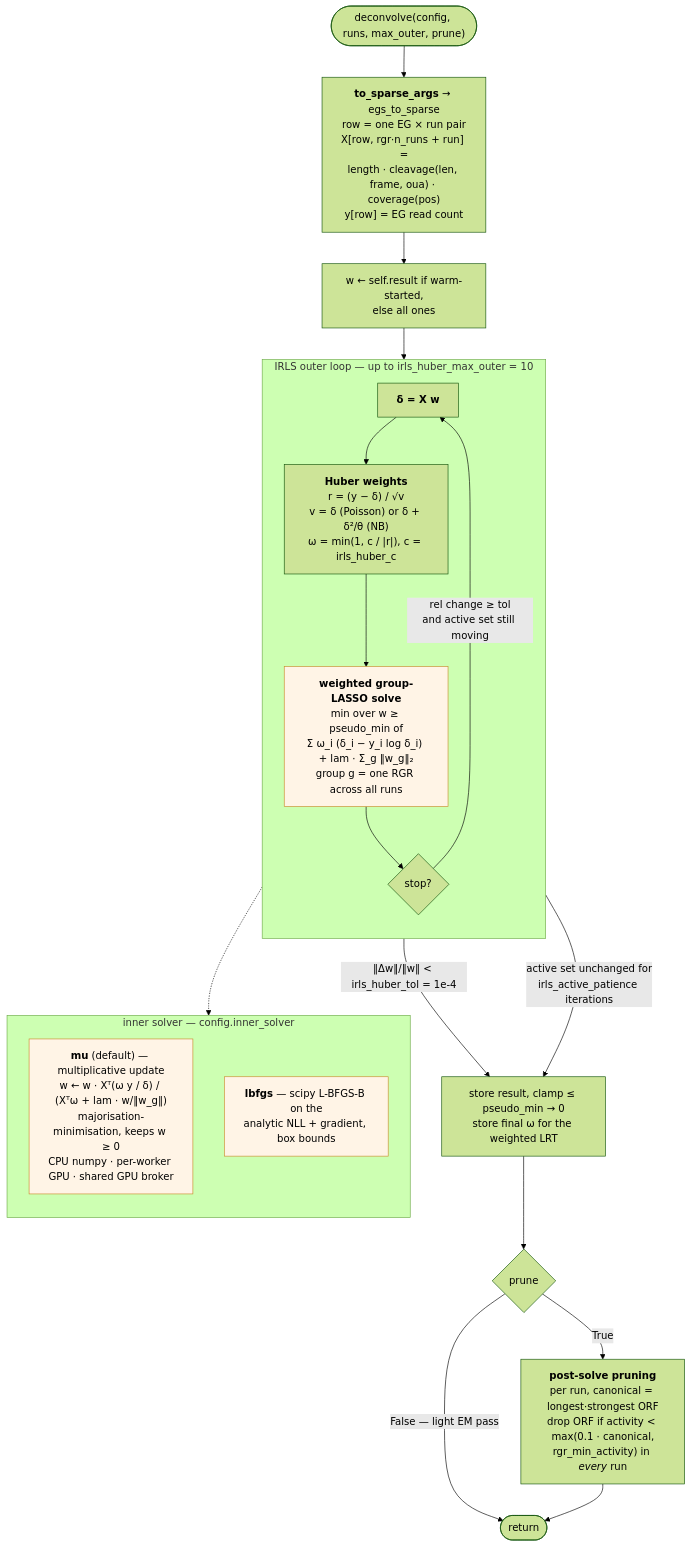
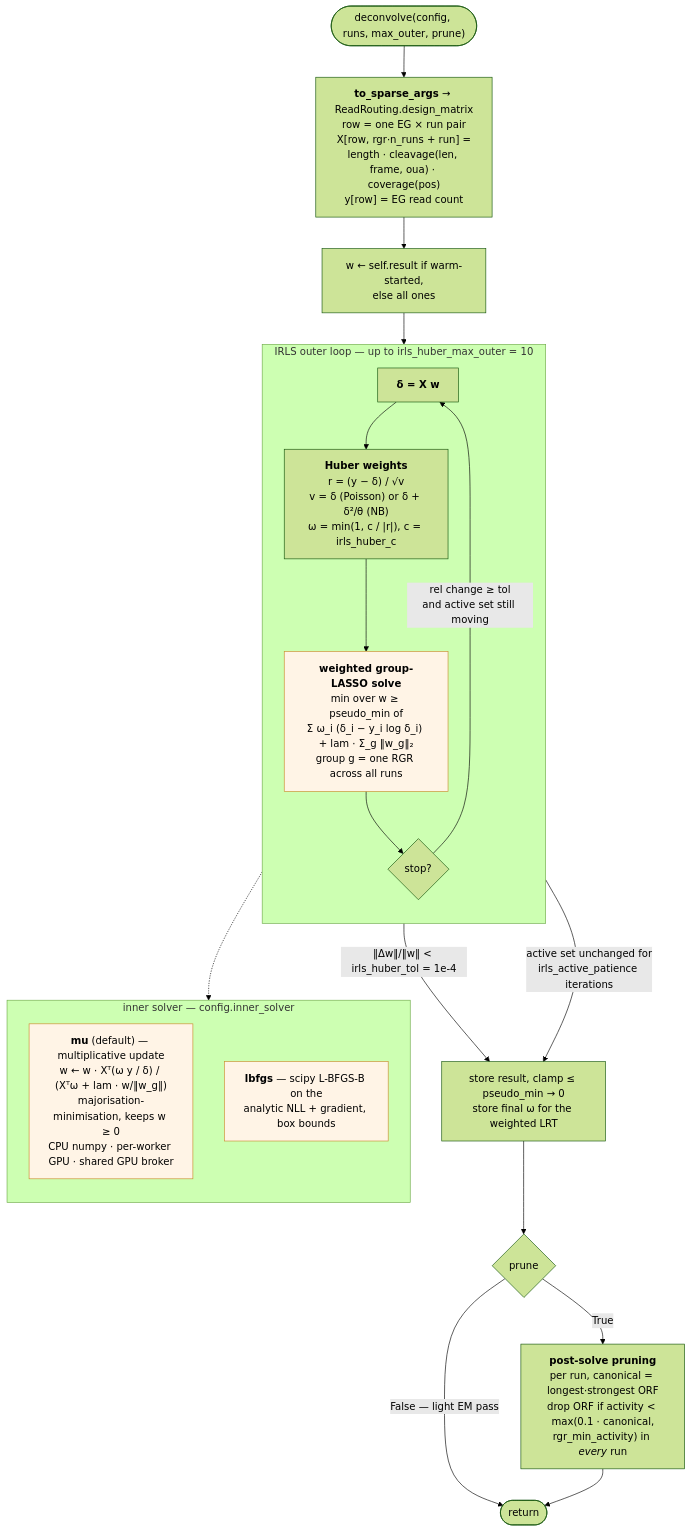
Before and after one commit to kilian-m/PRICE2: the third of 5 diagrams in docs/deconvolution.md, drawn with Mermaid (forest theme). The commit also changed other lines of this file and 8 other files, not shown here.

````diff
--- a/docs/deconvolution.md
+++ b/docs/deconvolution.md
@@ -117,33 +120,33 @@
 ```mermaid
 flowchart TD
-    A(["deconvolve(config, runs, max_outer, prune)"]) --> B["<b>to_sparse_args</b> → egs_to_sparse<br/>row = one EG × run pair<br/>X[row, rgr·n_runs + run] =<br/>length · cleavage(len, frame, oua) · coverage(pos)<br/>y[row] = EG read count"]
+    A(["deconvolve(config, runs, max_outer, prune)"]) --> B["<b>to_sparse_args</b> → ReadRouting.design_matrix<br/>row = one EG × run pair<br/>X[row, rgr·n_runs + run] =<br/>length · cleavage(len, frame, oua) · coverage(pos)<br/>y[row] = EG read count"]
     B --> C["w ← self.result if warm-started,<br/>else all ones"]
 
     subgraph IRLS ["IRLS outer loop — up to irls_huber_max_outer = 10"]
         direction TB
         D["<b>δ = X w</b>"]
         D --> H["<b>Huber weights</b><br/>r = (y − δ) / √v<br/>v = δ (Poisson) or δ + δ²/θ (NB)<br/>ω = min(1, c / |r|), c = irls_huber_c"]
         H --> S["<b>weighted group-LASSO solve</b><br/>min over w ≥ pseudo_min of<br/>Σ ω_i (δ_i − y_i log δ_i) + lam · Σ_g ‖w_g‖₂<br/>group g = one RGR across all runs"]
         S --> T{"stop?"}
         T -->|"rel change ≥ tol<br/>and active set still moving"| D
     end
 
     subgraph INNER ["inner solver — config.inner_solver"]
         direction TB
         MU["<b>mu</b> (default) — multiplicative update<br/>w ← w · Xᵀ(ω y / δ) / (Xᵀω + lam · w/‖w_g‖)<br/>majorisation-minimisation, keeps w ≥ 0<br/>CPU numpy · per-worker GPU · shared GPU broker"]
         LB["<b>lbfgs</b> — scipy L-BFGS-B on the<br/>analytic NLL + gradient, box bounds"]
     end
 
     C --> D
     S -.-> INNER
     T -->|"‖Δw‖/‖w‖ &lt; irls_huber_tol = 1e-4"| STORE
     T -->|"active set unchanged for<br/>irls_active_patience iterations"| STORE
 
     STORE["store result, clamp ≤ pseudo_min → 0<br/>store final ω for the weighted LRT"] --> P{"prune"}
     P -->|"False — light EM pass"| RET(["return"])
     P -->|"True"| PR["<b>post-solve pruning</b><br/>per run, canonical = longest·strongest ORF<br/>drop ORF if activity &lt; max(0.1 · canonical,<br/>rgr_min_activity) in <i>every</i> run"]
     PR --> RET
 
     classDef hot fill:#fff4e6,stroke:#c98a2b
     class S,MU,LB hot
 ```
````
